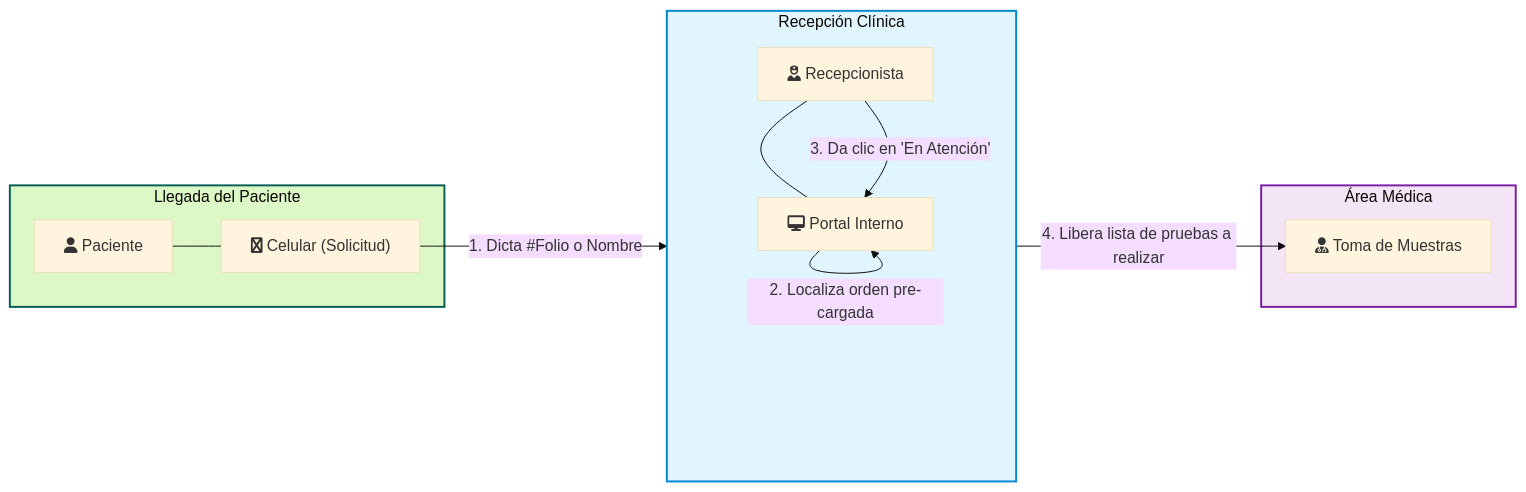
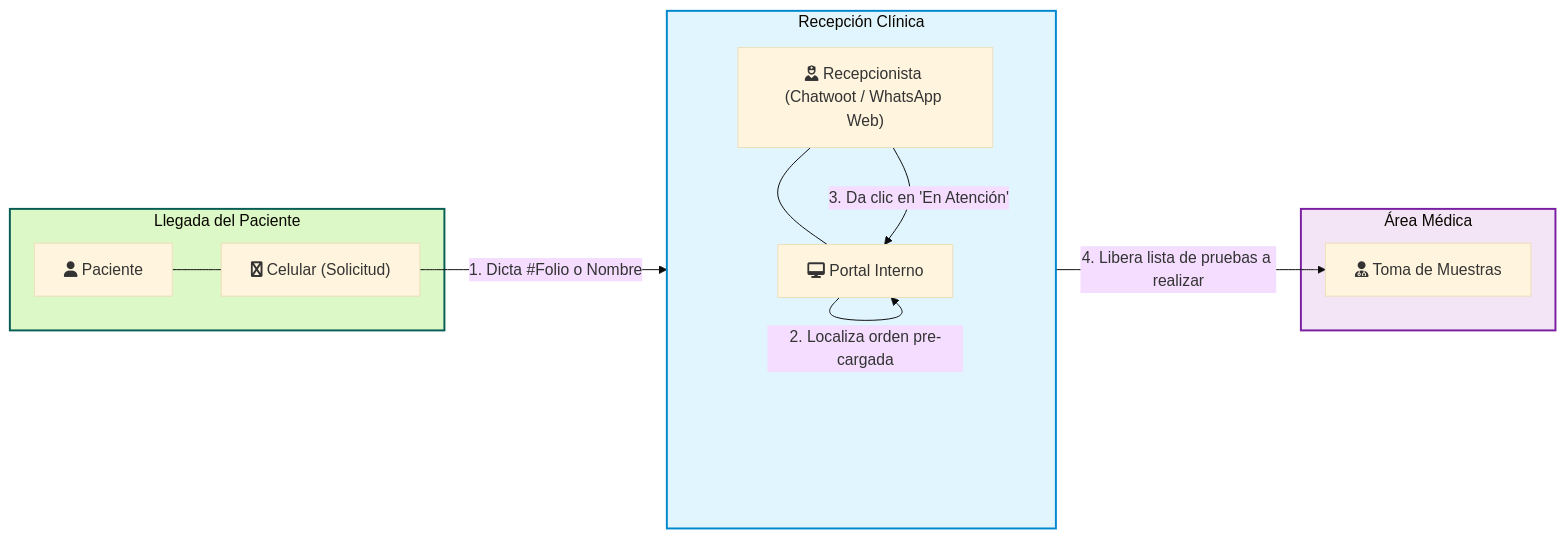
One commit to cbenavides/caelitandem_home changed the second of 3 diagrams in portafolio-dev-2026/blocklabgd/contrato-laesh/v1.0/diagramas1.0/diagramas_flujo_fa.md. Above: the diagram before and after it, drawn with Mermaid (base theme). The commit also changed 15 other files, not shown here.

````diff
--- a/portafolio-dev-2026/blocklabgd/contrato-laesh/v1.0/diagramas1.0/diagramas_flujo_fa.md
+++ b/portafolio-dev-2026/blocklabgd/contrato-laesh/v1.0/diagramas1.0/diagramas_flujo_fa.md
@@ -39,28 +39,28 @@
 ```mermaid
 flowchart LR
     subgraph EntornoPaciente ["Llegada del Paciente"]
         P["fa:fa-user Paciente"]
         WA["fa:fa-whatsapp Celular (Solicitud)"]
         P --- WA
     end
 
     subgraph EntornoClinica ["Recepción Clínica"]
         direction TB
-        REC["fa:fa-user-nurse Recepcionista"]
+        REC["fa:fa-user-nurse Recepcionista (Chatwoot / WhatsApp Web)"]
         PC["fa:fa-desktop Portal Interno"]
         REC --- PC
     end
     
     subgraph EntornoLab ["Área Médica"]
         Q["fa:fa-user-md Toma de Muestras"]
     end
 
     WA -- "1. Dicta #Folio o Nombre" --> REC
     PC -- "2. Localiza orden pre-cargada" --> PC
     REC -- "3. Da clic en 'En Atención'" --> PC
     PC -- "4. Libera lista de pruebas a realizar" --> Q
     
     style EntornoPaciente fill:#dcf8c6,stroke:#075e54,stroke-width:2px
     style EntornoClinica fill:#e1f5fe,stroke:#0288d1,stroke-width:2px
     style EntornoLab fill:#f3e5f5,stroke:#7b1fa2,stroke-width:2px
 ```
````
